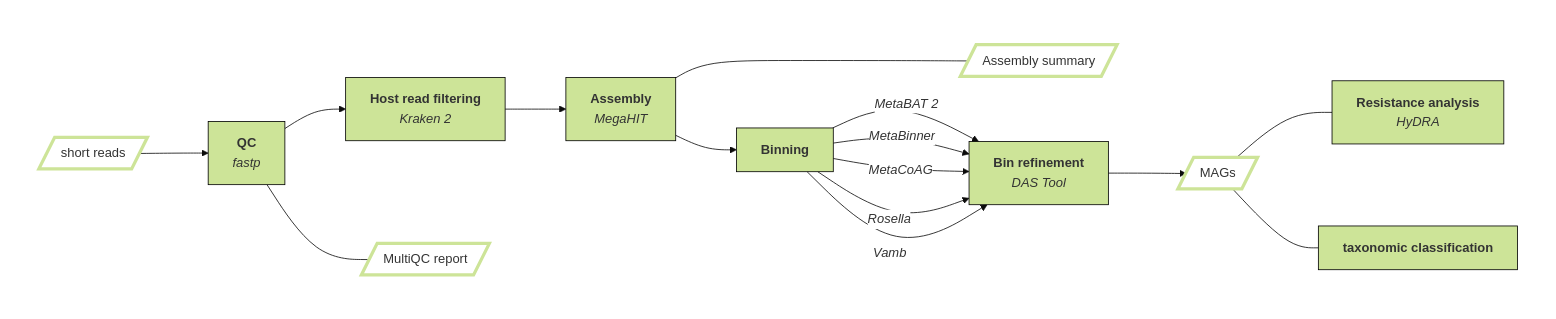
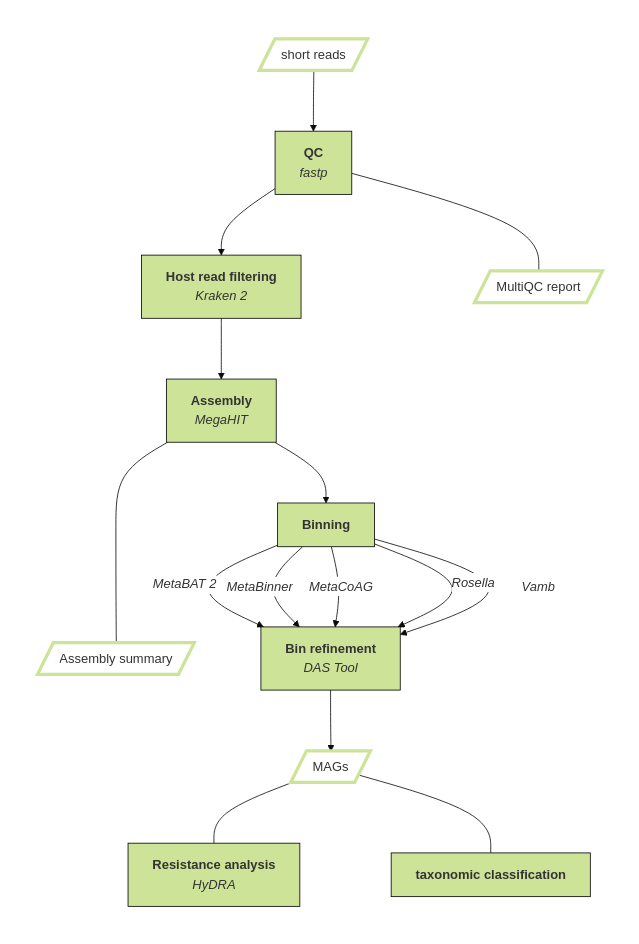
The diagram in README.md (alethomas/ResMAG), drawn with Mermaid before and after one commit.

````diff
--- a/README.md
+++ b/README.md
@@ -22,53 +22,53 @@
 ```mermaid
 %%{init: {
    'theme':'base',
    'themeVariables': {
       'secondaryColor': '#fff',
       'tertiaryColor': '#fff',
       'tertiaryBorderColor' : '#fff'}
    }}%%
 
-flowchart LR;
+flowchart TB;
 
    subgraph " "
-      direction LR
+      direction TB
 
       %% Nodes
       A[/short reads/]
       B["<b>QC</b> <br> <i>fastp<i>"]
       C["<b>Host read filtering</b> <br> <i>Kraken 2<i>"]
       D["<b>Assembly</b> <br> <i>MegaHIT</i>"]
       E["<b>Binning</b>"]
       F["<b>Bin refinement</b> <br> <i>DAS Tool<i>"]
       G[/MAGs/]
       H["<b>Resistance analysis</b> <br> <i>HyDRA<i>"]
       I["<b>taxonomic classification</b>"]
       J[/MultiQC report/]
       K[/Assembly summary/]
 
       %% input & output node design
       classDef in_output fill:#fff,stroke:#cde498,stroke-width:4px
       class A,G,J,K in_output
       %% rule node design
       classDef rule fill:#cde498,stroke:#000
       class B,C,D,E,F,H,I rule
 
       %% Node links
       A --> B
       B --> C
       B --- J
       C --> D
       D --> E
       D ---- K
       E --"<i>MetaBAT 2<i>"--> F
       E --"<i>MetaBinner<i>"--> F
       E --"<i>MetaCoAG<i>"--> F
       E --"<i>Rosella<i>"--> F
       E --"<i>Vamb<i>"--> F
       F --> G
       G --- H
       G --- I
 
    end
 
 ```
````
